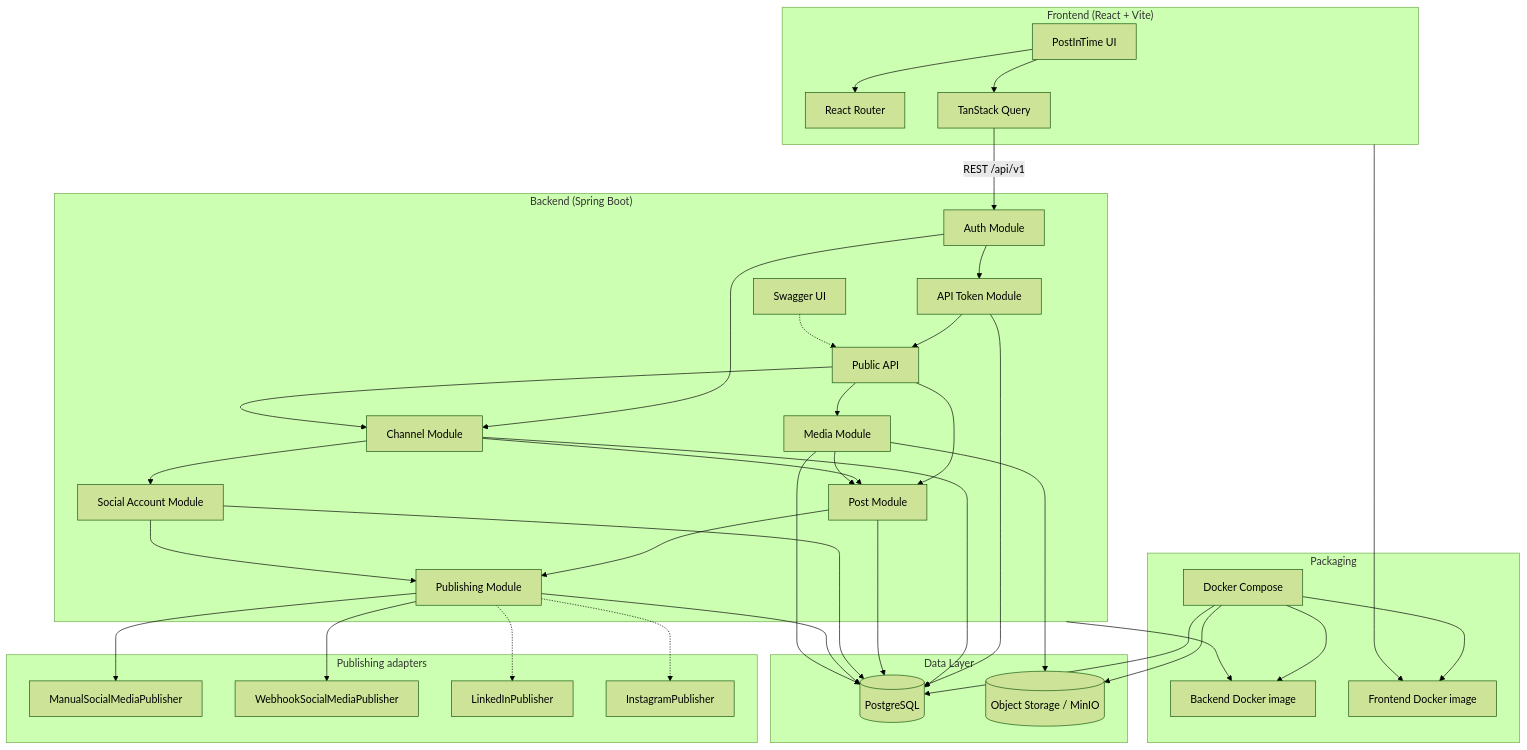
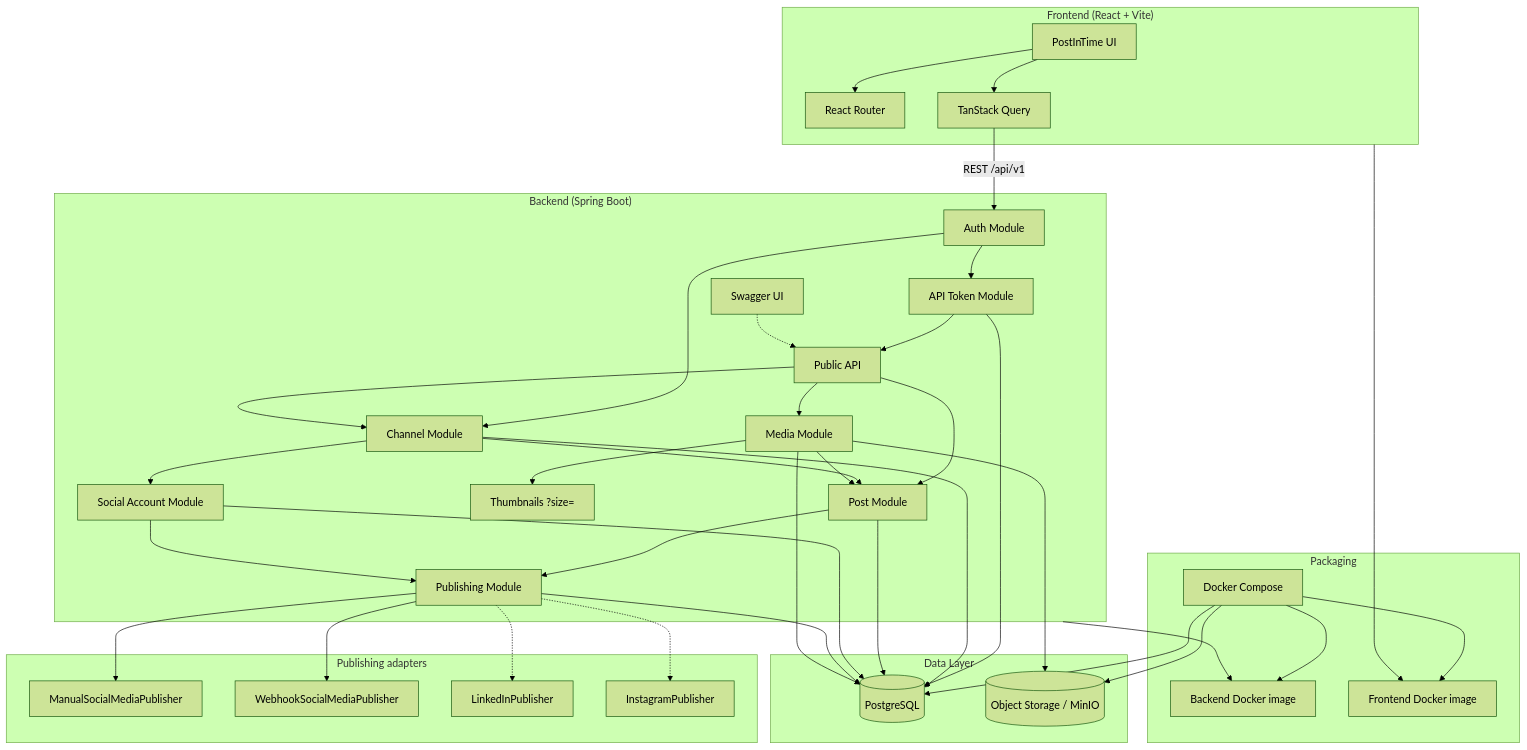
One commit to anushibinj/postintime changed the diagram in product-architecture-flowchart.mmd. Above: the diagram before and after it, drawn with Mermaid (forest theme). The commit also changed 10 other files, not shown here.

Commit message:
Add ?size= media thumbnails with Thumbnailator for list previews.

```diff
--- a/product-architecture-flowchart.mmd
+++ b/product-architecture-flowchart.mmd
@@ -1,69 +1,71 @@
 flowchart TB
     subgraph Client["Frontend (React + Vite)"]
         UI[PostInTime UI]
         Router[React Router]
         Query[TanStack Query]
         UI --> Router
         UI --> Query
     end
 
     subgraph API["Backend (Spring Boot)"]
         Auth[Auth Module]
         ApiTokens[API Token Module]
         Channels[Channel Module]
         Posts[Post Module]
         Media[Media Module]
+        MediaThumbs[Thumbnails ?size=]
         Social[Social Account Module]
         Publishing[Publishing Module]
         Public[Public API]
         Swagger[Swagger UI]
         Auth --> Channels
         Auth --> ApiTokens
         ApiTokens --> Public
         Public --> Channels
         Public --> Posts
         Public --> Media
         Swagger -.-> Public
         Channels --> Posts
         Channels --> Social
         Posts --> Publishing
         Social --> Publishing
         Media --> Posts
+        Media --> MediaThumbs
     end
 
     subgraph Data["Data Layer"]
         PG[(PostgreSQL)]
         Storage[(Object Storage / MinIO)]
     end
 
     Query -->|REST /api/v1| Auth
     ApiTokens --> PG
     Channels --> PG
     Posts --> PG
     Social --> PG
     Publishing --> PG
     Media --> Storage
     Media --> PG
 
     subgraph Packaging["Packaging"]
         Compose[Docker Compose]
         BeImage[Backend Docker image]
         FeImage[Frontend Docker image]
         Compose --> BeImage
         Compose --> FeImage
         Compose --> PG
         Compose --> Storage
     end
     API --> BeImage
     Client --> FeImage
 
     subgraph Future["Publishing adapters"]
         Manual[ManualSocialMediaPublisher]
         Webhook[WebhookSocialMediaPublisher]
         LinkedIn[LinkedInPublisher]
         Instagram[InstagramPublisher]
         Publishing --> Manual
         Publishing --> Webhook
         Publishing -.-> LinkedIn
         Publishing -.-> Instagram
     end
```
